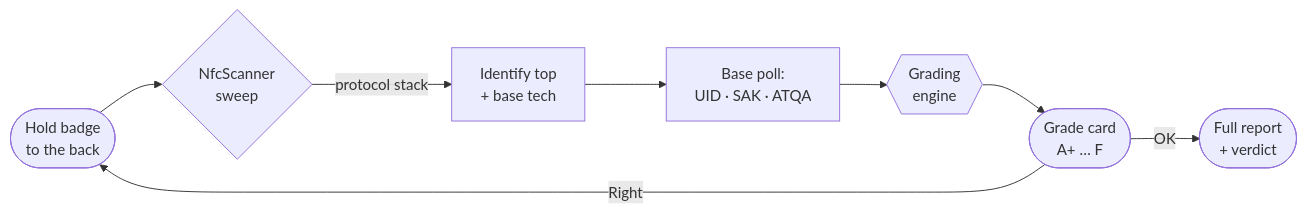
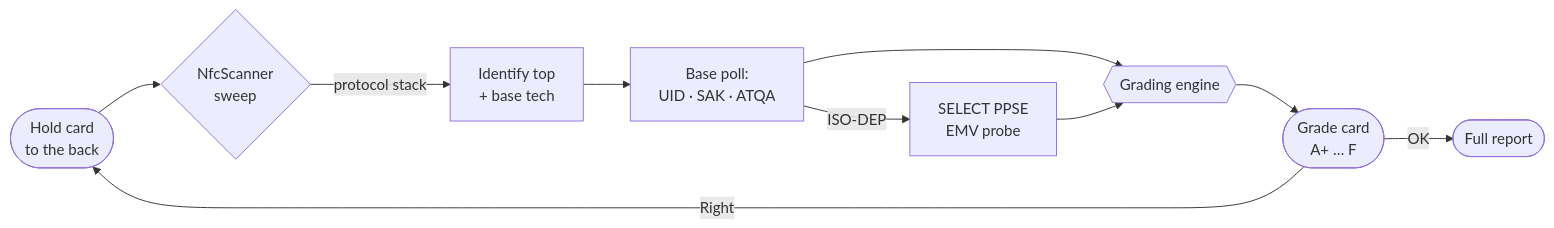
The diagram in README.md (RogueMaster/flipperzero-firmware-wPlugins), drawn with Mermaid before and after one commit. The commit also changed other lines of this file and 10 other files, not shown here.

````diff
--- a/README.md
+++ b/README.md
@@ -80,10 +81,12 @@
 ```mermaid
 flowchart LR
-    A([Hold badge<br/>to the back]) --> B{NfcScanner<br/>sweep}
+    A([Hold card<br/>to the back]) --> B{NfcScanner<br/>sweep}
     B -->|protocol stack| C[Identify top<br/>+ base tech]
     C --> D[Base poll:<br/>UID · SAK · ATQA]
-    D --> E{{Grading<br/>engine}}
+    D -->|ISO-DEP| P[SELECT PPSE<br/>EMV probe]
+    D --> E{{Grading engine}}
+    P --> E
     E --> F([Grade card<br/>A+ … F])
-    F -->|OK| G([Full report<br/>+ verdict])
+    F -->|OK| G([Full report])
     F -->|Right| A
 ```
````
